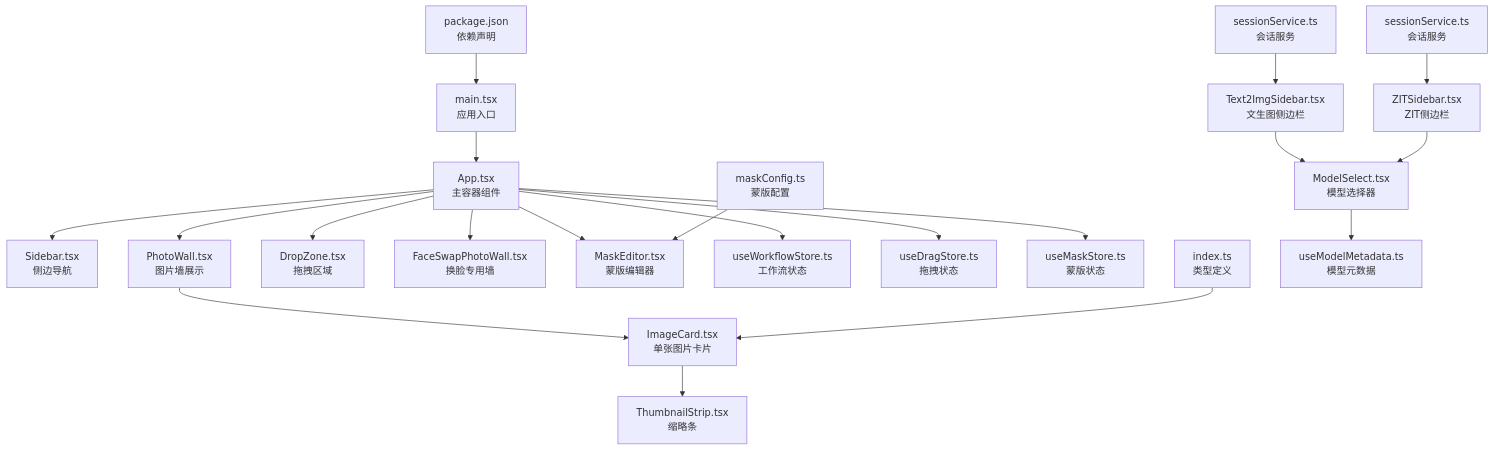
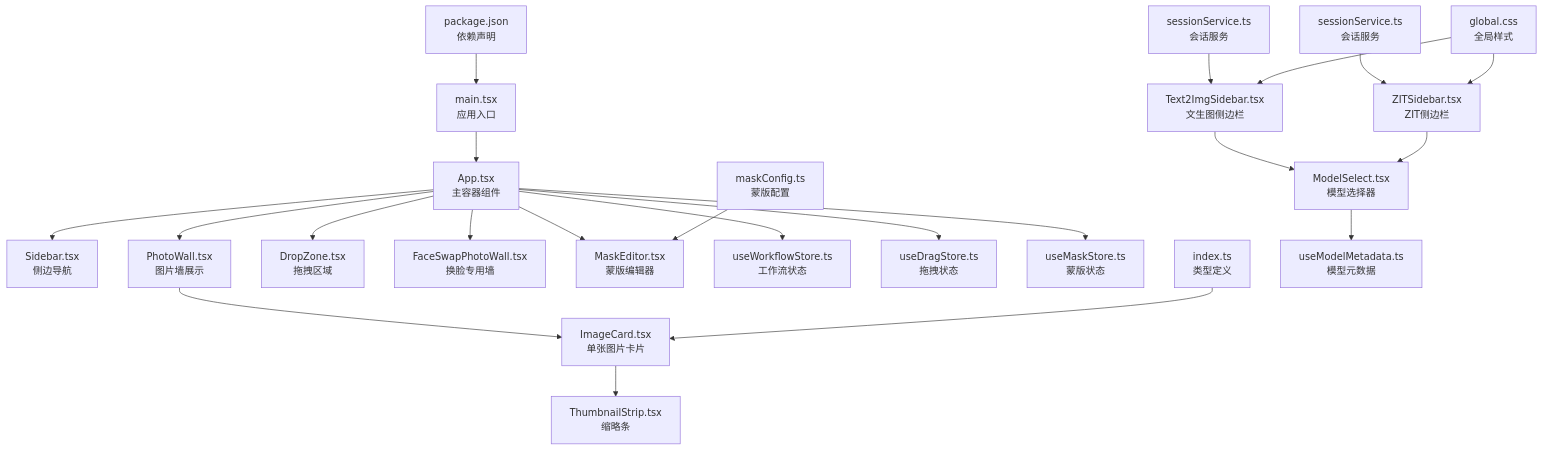
Before and after one commit to billye220670/CorineKit_Pix2Real: the first of 10 diagrams in .qoder/repowiki/zh/content/前端应用/React 组件体系.md, drawn with Mermaid. The commit also changed other lines of this file and 10 other files, not shown here.

Commit message:
feat: LoRA触发词右键上下文菜单与未使用检测 - 新增PromptContextMenu多层级右键菜单组件 - 移除侧边栏LoRA触发词文本显示，改为未使用时黄色警告图标 - 提示词输入框右键弹出菜单，支持插入LoRA触发词和标签分类数据 - Text2ImgSidebar和ZITSidebar同步更新

````diff
--- a/.qoder/repowiki/zh/content/前端应用/React 组件体系.md
+++ b/.qoder/repowiki/zh/content/前端应用/React 组件体系.md
@@ -47,22 +48,24 @@
 ```mermaid
 graph TB
 A["main.tsx<br/>应用入口"] --> B["App.tsx<br/>主容器组件"]
 B --> C["Sidebar.tsx<br/>侧边导航"]
 B --> D["PhotoWall.tsx<br/>图片墙展示"]
 B --> E["DropZone.tsx<br/>拖拽区域"]
 B --> F["FaceSwapPhotoWall.tsx<br/>换脸专用墙"]
 D --> G["ImageCard.tsx<br/>单张图片卡片"]
 G --> H["ThumbnailStrip.tsx<br/>缩略条"]
 B --> I["MaskEditor.tsx<br/>蒙版编辑器"]
 B --> J["useWorkflowStore.ts<br/>工作流状态"]
 B --> K["useDragStore.ts<br/>拖拽状态"]
 B --> L["useMaskStore.ts<br/>蒙版状态"]
 M["maskConfig.ts<br/>蒙版配置"] --> I
 N["index.ts<br/>类型定义"] --> G
 O["package.json<br/>依赖声明"] --> A
 P["ModelSelect.tsx<br/>模型选择器"] --> Q["useModelMetadata.ts<br/>模型元数据"]
 R["Text2ImgSidebar.tsx<br/>文生图侧边栏"] --> P
 S["ZITSidebar.tsx<br/>ZIT侧边栏"] --> P
 T["sessionService.ts<br/>会话服务"] --> R
 U["sessionService.ts<br/>会话服务"] --> S
+V["global.css<br/>全局样式"] --> R
+V --> S
 ```
````
